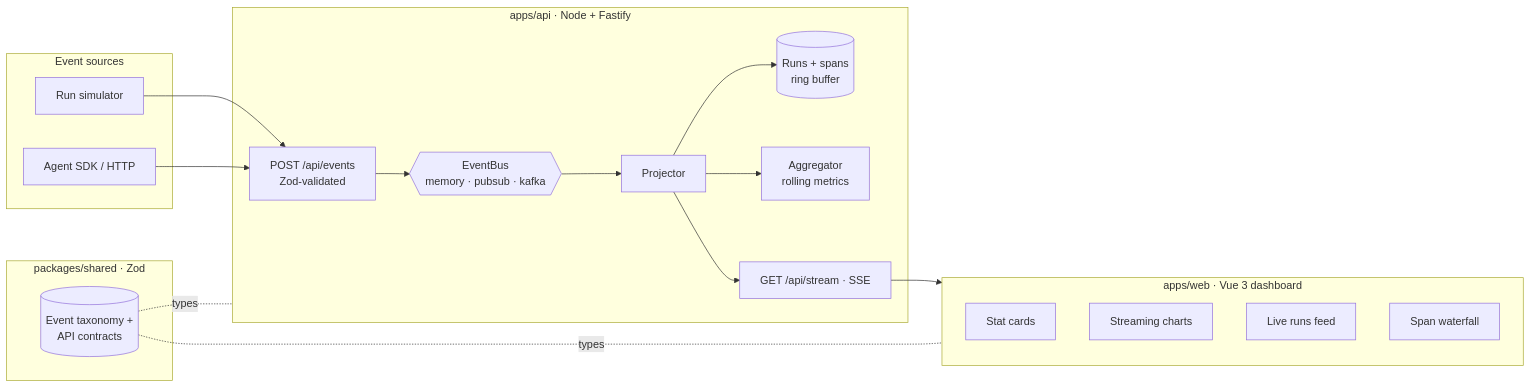
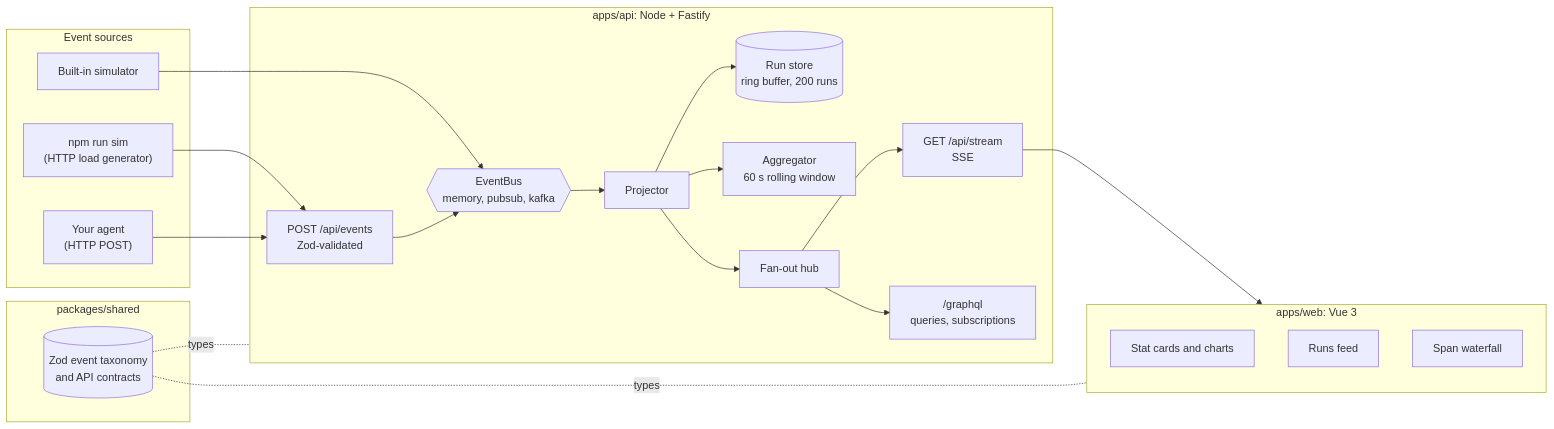
The diagram in README.md (soneeee22000/agentpulse), drawn with Mermaid before and after one commit. The commit also changed other lines of this file and 3 other files, not shown here.

````diff
--- a/README.md
+++ b/README.md
@@ -84,33 +39,37 @@
 ```mermaid
 flowchart LR
   subgraph Sources["Event sources"]
-    Sim[Run simulator]
-    SDK[Agent SDK / HTTP]
+    Sim["Built-in simulator"]
+    Cli["npm run sim<br/>(HTTP load generator)"]
+    Agent["Your agent<br/>(HTTP POST)"]
   end
 
-  subgraph API["apps/api · Node + Fastify"]
-    Ingest[POST /api/events<br/>Zod-validated]
-    Bus{{EventBus<br/>memory · pubsub · kafka}}
-    Proj[Projector]
-    Store[(Runs + spans<br/>ring buffer)]
-    Agg[Aggregator<br/>rolling metrics]
-    Stream[GET /api/stream · SSE]
+  subgraph API["apps/api: Node + Fastify"]
+    Ingest["POST /api/events<br/>Zod-validated"]
+    Bus{{"EventBus<br/>memory, pubsub, kafka"}}
+    Proj["Projector"]
+    Store[("Run store<br/>ring buffer, 200 runs")]
+    Agg["Aggregator<br/>60 s rolling window"]
+    Hub["Fan-out hub"]
+    Sse["GET /api/stream<br/>SSE"]
+    Gql["/graphql<br/>queries, subscriptions"]
   end
 
-  subgraph Shared["packages/shared · Zod"]
-    Tax[(Event taxonomy +<br/>API contracts)]
+  subgraph Shared["packages/shared"]
+    Tax[("Zod event taxonomy<br/>and API contracts")]
   end
 
-  subgraph Web["apps/web · Vue 3 dashboard"]
-    Cards[Stat cards]
-    Charts[Streaming charts]
-    Feed[Live runs feed]
-    Trace[Span waterfall]
+  subgraph Web["apps/web: Vue 3"]
+    Cards["Stat cards and charts"]
+    Feed["Runs feed"]
+    Trace["Span waterfall"]
   end
 
-  Sim & SDK --> Ingest --> Bus --> Proj
-  Proj --> Store & Agg & Stream
-  Stream --> Web
+  Sim --> Bus
+  Cli & Agent --> Ingest --> Bus --> Proj
+  Proj --> Store & Agg & Hub
+  Hub --> Sse & Gql
+  Sse --> Web
   Tax -. types .- API
   Tax -. types .- Web
 ```
````
